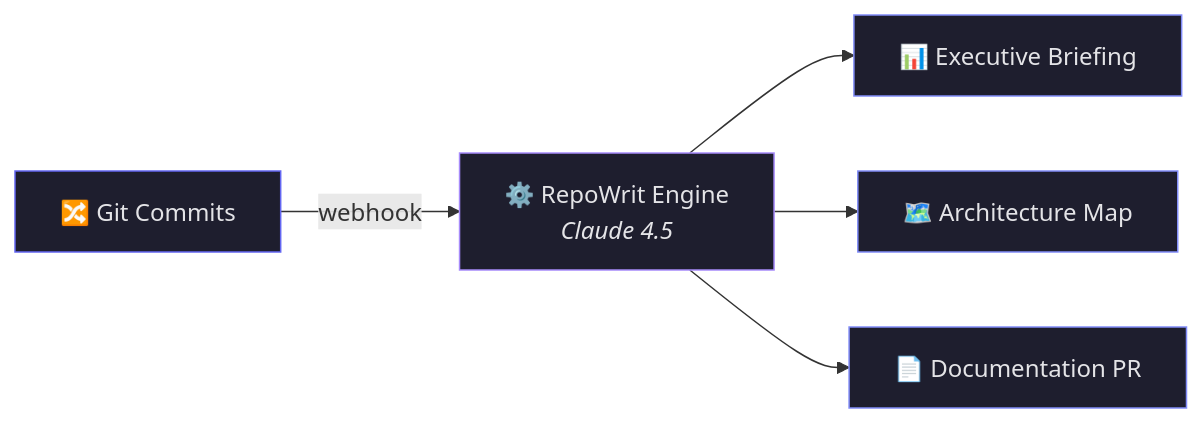
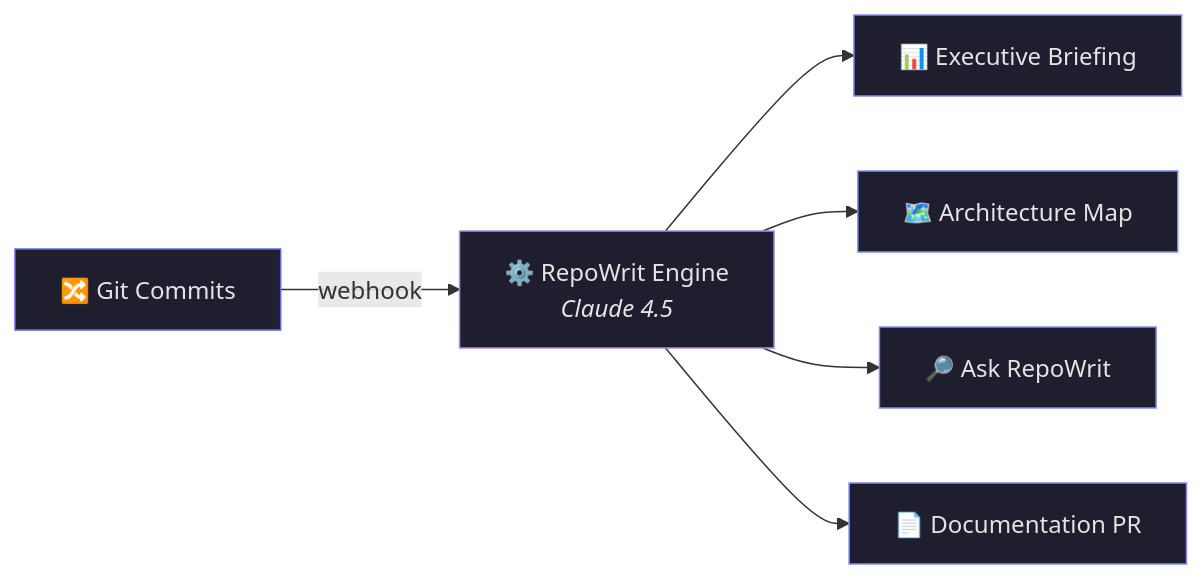
Before and after one commit to RepoWrit/.github: the diagram in profile/README.md, drawn with Mermaid. The commit also changed other lines of this file, not shown here.

````diff
--- a/profile/README.md
+++ b/profile/README.md
@@ -30,13 +30,15 @@
 ```mermaid
 graph LR
     A["🔀 Git Commits"] -->|webhook| B["⚙️ RepoWrit Engine<br/><i>Claude 4.5</i>"]
     B --> C["📊 Executive Briefing"]
     B --> D["🗺️ Architecture Map"]
-    B --> E["📄 Documentation PR"]
+    B --> E["🔎 Ask RepoWrit"]
+    B --> F["📄 Documentation PR"]
 
     style A fill:#1e1e2e,stroke:#6366f1,color:#e4e4e7
     style B fill:#1e1e2e,stroke:#a78bfa,color:#e4e4e7
     style C fill:#1e1e2e,stroke:#818cf8,color:#e4e4e7
     style D fill:#1e1e2e,stroke:#818cf8,color:#e4e4e7
     style E fill:#1e1e2e,stroke:#818cf8,color:#e4e4e7
+    style F fill:#1e1e2e,stroke:#818cf8,color:#e4e4e7
 ```
````
